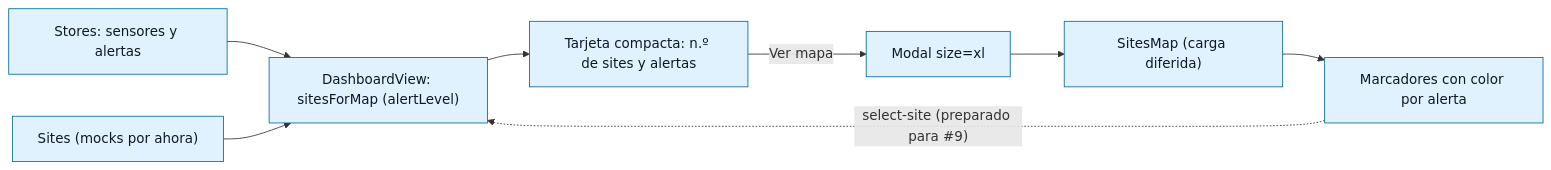
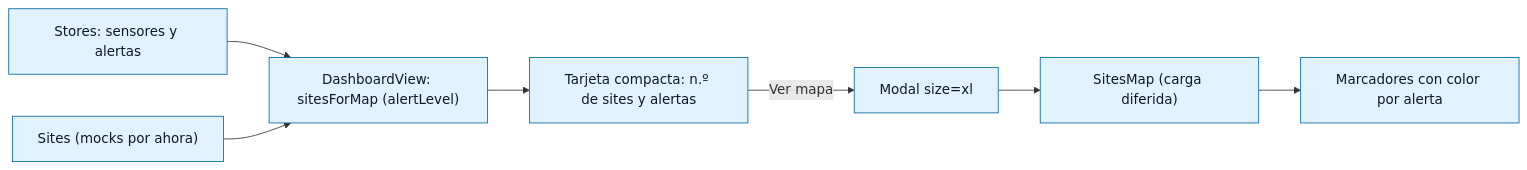
The first of 3 diagrams in docs/florinda/07-leaflet-map/03-diagrama.md (Anagamedina/ft_transcendence), drawn with Mermaid before and after one commit. The commit also changed 8 other files, not shown here.

````diff
--- a/docs/florinda/07-leaflet-map/03-diagrama.md
+++ b/docs/florinda/07-leaflet-map/03-diagrama.md
@@ -3,12 +3,11 @@
 ```mermaid
 flowchart LR
  A["Stores: sensores y alertas"] --> C["DashboardView: sitesForMap (alertLevel)"]
  B["Sites (mocks por ahora)"] --> C
  C --> D["Tarjeta compacta: n.º de sites y alertas"]
  D -- "Ver mapa" --> E["Modal size=xl"]
  E --> F["SitesMap (carga diferida)"]
  F --> G["Marcadores con color por alerta"]
- G -. "select-site (preparado para #9)" .-> C
 
  classDef default fill:#e0f2fe,stroke:#0369a1,color:#0f172a
 ```
````
